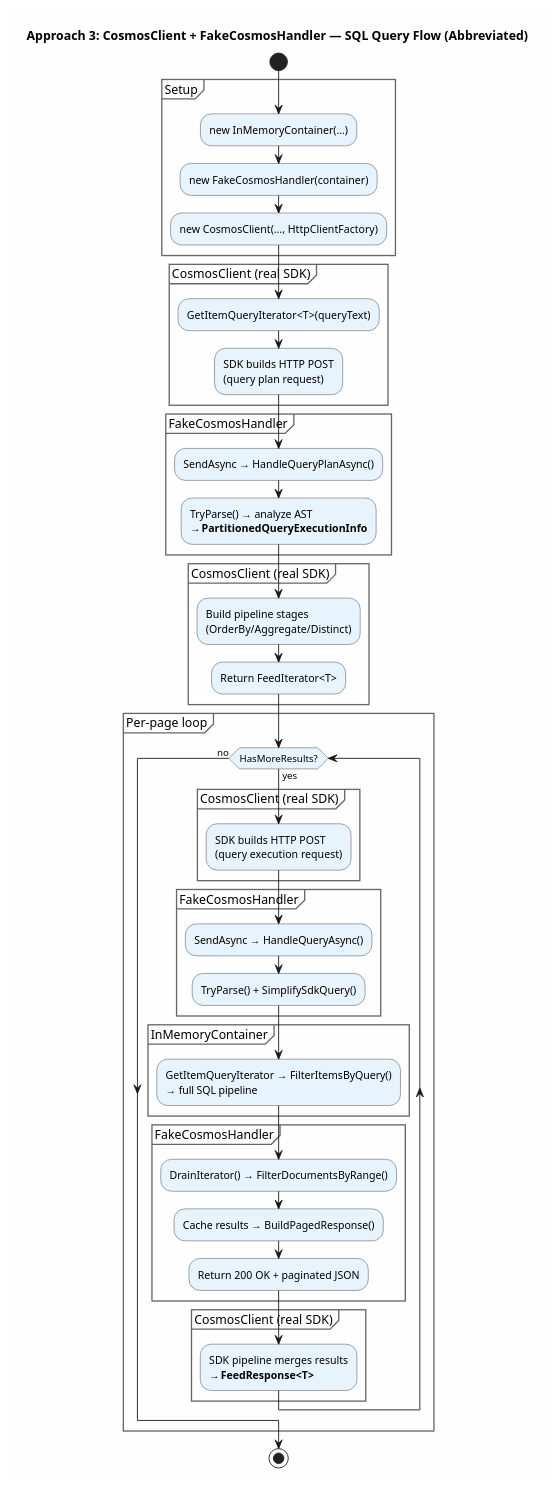
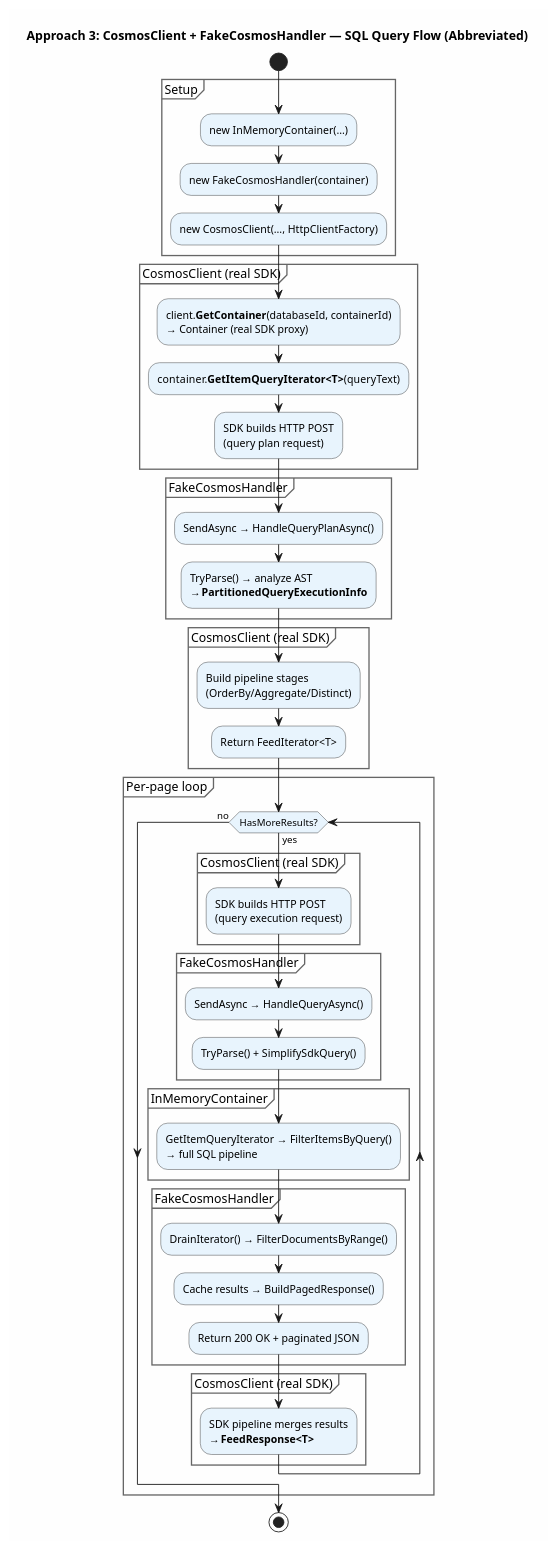
The diagram in plans/diagrams/abbreviated/approach3-sql-activity.puml (lemonlion/CosmosDB.InMemoryEmulator), drawn with PlantUML before and after one commit. The commit also changed 23 other files, not shown here.

```diff
--- a/plans/diagrams/abbreviated/approach3-sql-activity.puml
+++ b/plans/diagrams/abbreviated/approach3-sql-activity.puml
@@ -1,71 +1,73 @@
 @startuml approach3-sql-abbreviated-activity
 title **Approach 3: CosmosClient + FakeCosmosHandler — SQL Query Flow (Abbreviated)**
 
 skinparam backgroundColor #FEFEFE
 skinparam ActivityBorderColor #333
 skinparam ActivityBackgroundColor #E8F4FD
 skinparam ActivityBackgroundColor<<sdk>> #FFF3E0
 skinparam ActivityBackgroundColor<<handler>> #E8F5E9
 skinparam PartitionBorderColor #666
 
 start
 
 partition "Setup" {
   :new InMemoryContainer(…);
   :new FakeCosmosHandler(container);
   :new CosmosClient(…, HttpClientFactory);
 }
 
 partition "CosmosClient (real SDK)" <<sdk>> {
-  :GetItemQueryIterator<T>(queryText);
+  :client.**GetContainer**(databaseId, containerId)
+  → Container (real SDK proxy);
+  :container.**GetItemQueryIterator<T>**(queryText);
   :SDK builds HTTP POST
   (query plan request);
 }
 
 partition "FakeCosmosHandler" <<handler>> {
   :SendAsync → HandleQueryPlanAsync();
   :TryParse() → analyze AST
   → **PartitionedQueryExecutionInfo**;
 }
 
 partition "CosmosClient (real SDK)" <<sdk>> {
   :Build pipeline stages
   (OrderBy/Aggregate/Distinct);
   :Return FeedIterator<T>;
 }
 
 partition "Per-page loop" {
   while (HasMoreResults?) is (yes)
 
     partition "CosmosClient (real SDK)" <<sdk>> {
       :SDK builds HTTP POST
       (query execution request);
     }
 
     partition "FakeCosmosHandler" <<handler>> {
       :SendAsync → HandleQueryAsync();
       :TryParse() + SimplifySdkQuery();
     }
 
     partition "InMemoryContainer" {
       :GetItemQueryIterator → FilterItemsByQuery()
       → full SQL pipeline;
     }
 
     partition "FakeCosmosHandler" <<handler>> {
       :DrainIterator() → FilterDocumentsByRange();
       :Cache results → BuildPagedResponse();
       :Return 200 OK + paginated JSON;
     }
 
     partition "CosmosClient (real SDK)" <<sdk>> {
       :SDK pipeline merges results
       → **FeedResponse<T>**;
     }
 
   endwhile (no)
 }
 
 stop
 
 @enduml
```
